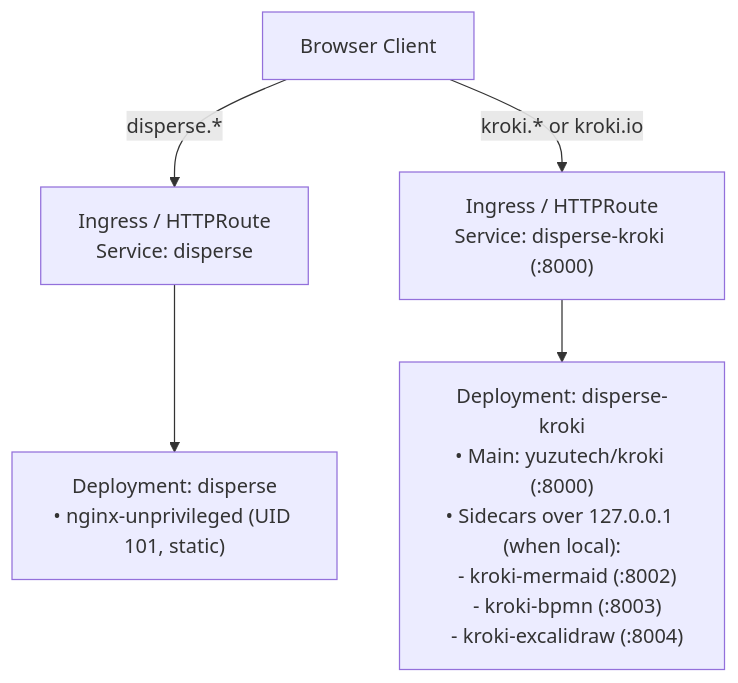
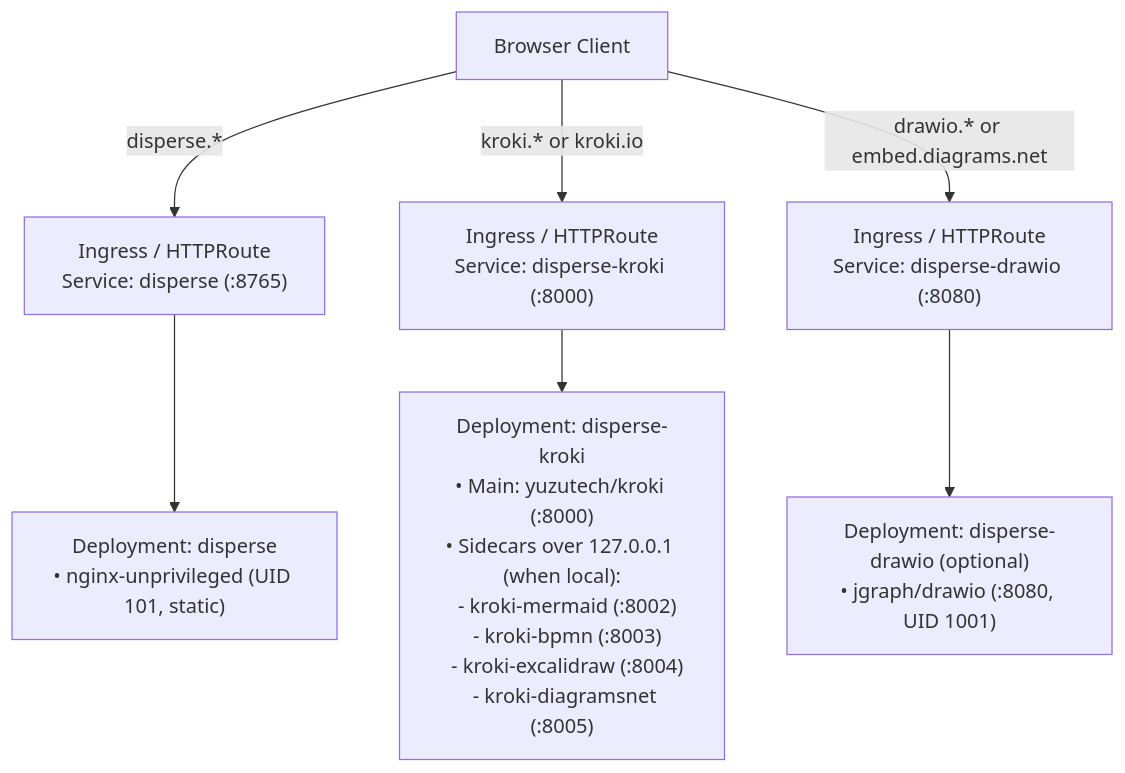
Before and after one commit to sleepinfinitydev/disperse: the second of 2 diagrams in README.md, drawn with Mermaid. The commit also changed other lines of this file and 23 other files, not shown here.

````diff
--- a/README.md
+++ b/README.md
@@ -551,16 +752,20 @@
 ```mermaid
 flowchart TB
     Client["Browser Client"]
 
-    DisperseIngress["Ingress / HTTPRoute<br/>Service: disperse"]
+    DisperseIngress["Ingress / HTTPRoute<br/>Service: disperse (:8765)"]
     KrokiIngress["Ingress / HTTPRoute<br/>Service: disperse-kroki (:8000)"]
+    DrawioIngress["Ingress / HTTPRoute<br/>Service: disperse-drawio (:8080)"]
 
     DisperseDeploy["Deployment: disperse<br/>• nginx-unprivileged (UID 101, static)"]
-    KrokiDeploy["Deployment: disperse-kroki<br/>• Main: yuzutech/kroki (:8000)<br/>• Sidecars over 127.0.0.1 (when local):<br/>  - kroki-mermaid (:8002)<br/>  - kroki-bpmn (:8003)<br/>  - kroki-excalidraw (:8004)"]
+    KrokiDeploy["Deployment: disperse-kroki<br/>• Main: yuzutech/kroki (:8000)<br/>• Sidecars over 127.0.0.1 (when local):<br/>  - kroki-mermaid (:8002)<br/>  - kroki-bpmn (:8003)<br/>  - kroki-excalidraw (:8004)<br/>  - kroki-diagramsnet (:8005)"]
+    DrawioDeploy["Deployment: disperse-drawio (optional)<br/>• jgraph/drawio (:8080, UID 1001)"]
 
     Client -- "disperse.*" --> DisperseIngress
     Client -- "kroki.* or kroki.io" --> KrokiIngress
+    Client -- "drawio.* or embed.diagrams.net" --> DrawioIngress
 
     DisperseIngress --> DisperseDeploy
     KrokiIngress --> KrokiDeploy
+    DrawioIngress --> DrawioDeploy
 ```
````
